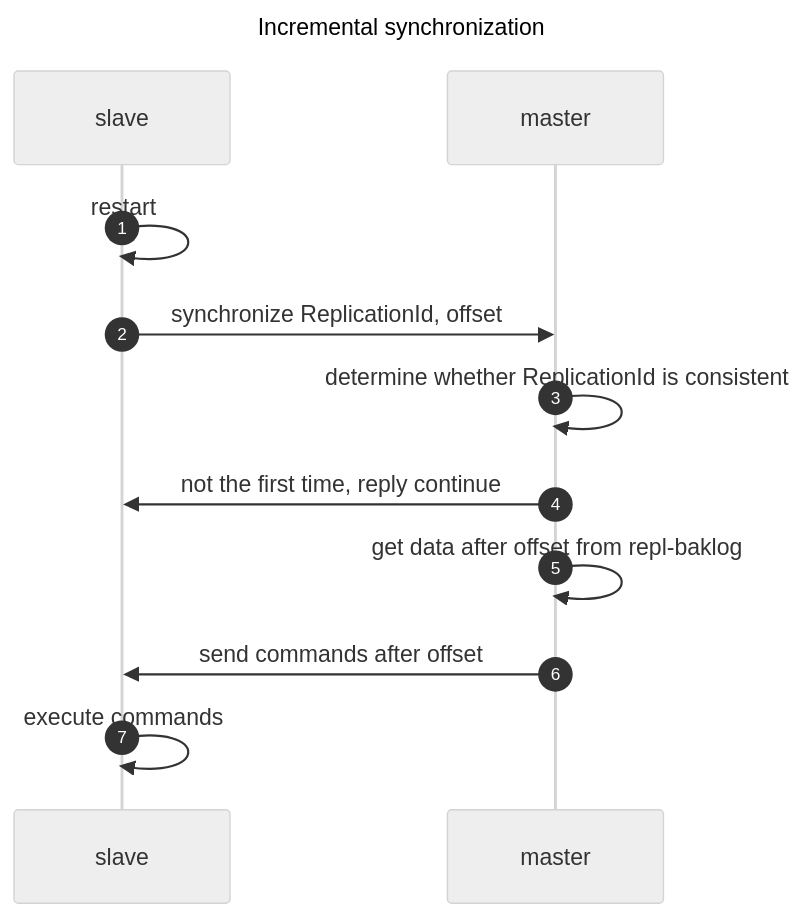
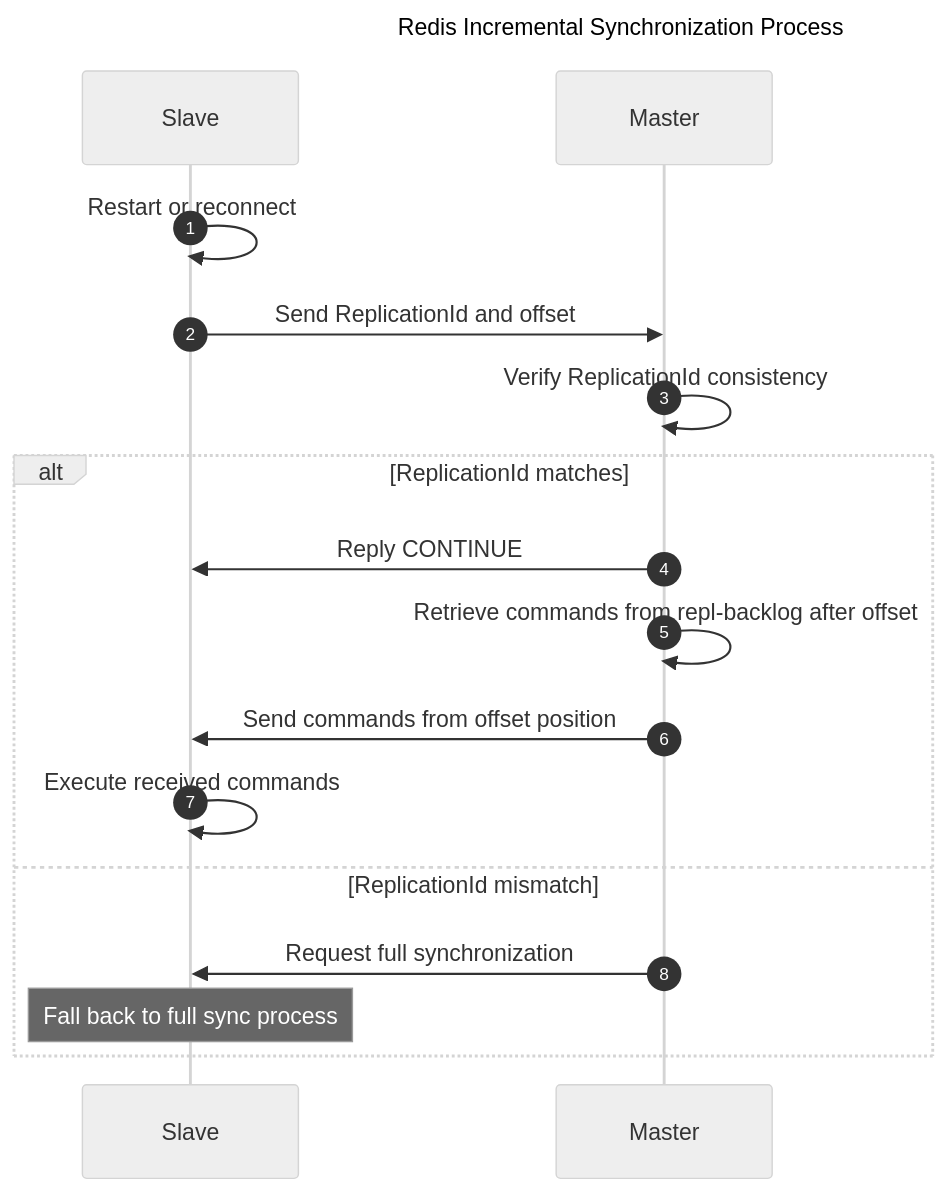
One commit to dingyuqi/keep-it-simple-site changed the second of 2 diagrams in docs/en/1. Database/2025-01-22-Redis.md. Above: the diagram before and after it, drawn with Mermaid (neutral theme). The commit also changed other lines of this file and 7 other files, not shown here.

Commit message:
fix(docs): mermaid grammar

````diff
--- a/docs/en/1. Database/2025-01-22-Redis.md
+++ b/docs/en/1. Database/2025-01-22-Redis.md
@@ -148,14 +151,23 @@
 ``` mermaid
 ---
-title: Incremental synchronization
+title: Redis Incremental Synchronization Process
 ---
 sequenceDiagram
     autonumber
-    slave->>slave: restart
-    slave->>master: synchronize ReplicationId, offset
-    master->>master: determine whether ReplicationId is consistent
-    master->>slave: not the first time, reply continue
-    master->>master: get data after offset from repl-baklog
-    master->>slave: send commands after offset
-    slave->>slave: execute commands
+    participant Slave
+    participant Master
+
+    Slave->>Slave: Restart or reconnect
+    Slave->>Master: Send ReplicationId and offset
+    Master->>Master: Verify ReplicationId consistency
+
+    alt ReplicationId matches
+        Master->>Slave: Reply CONTINUE
+        Master->>Master: Retrieve commands from repl-backlog after offset
+        Master->>Slave: Send commands from offset position
+        Slave->>Slave: Execute received commands
+    else ReplicationId mismatch
+        Master->>Slave: Request full synchronization
+        Note over Slave: Fall back to full sync process
+    end
 ```
````
